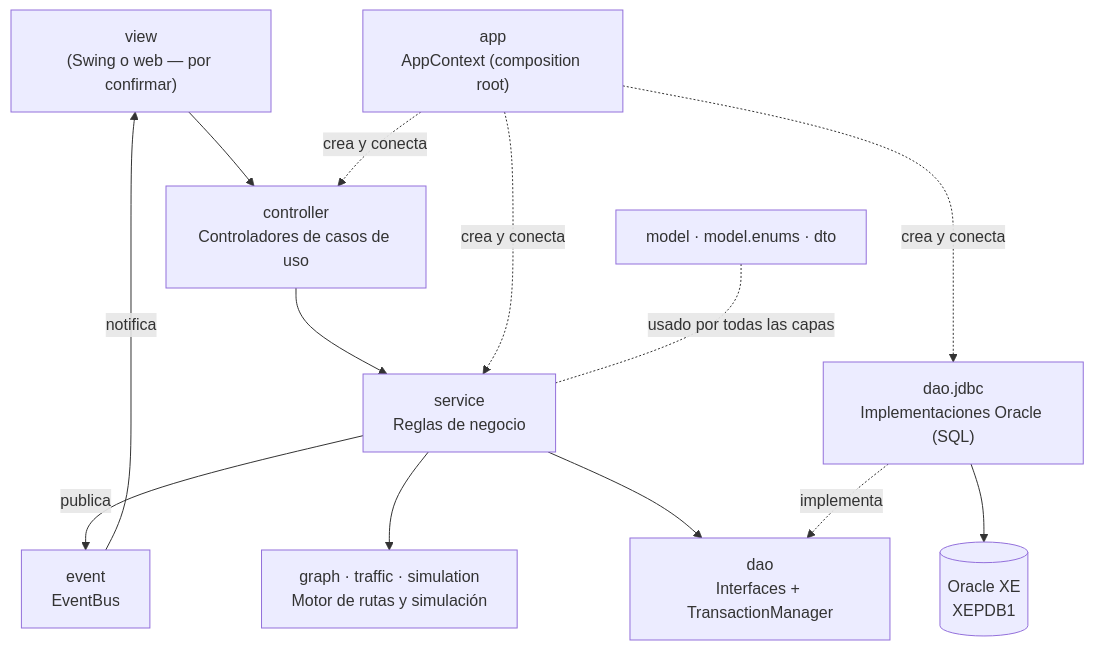
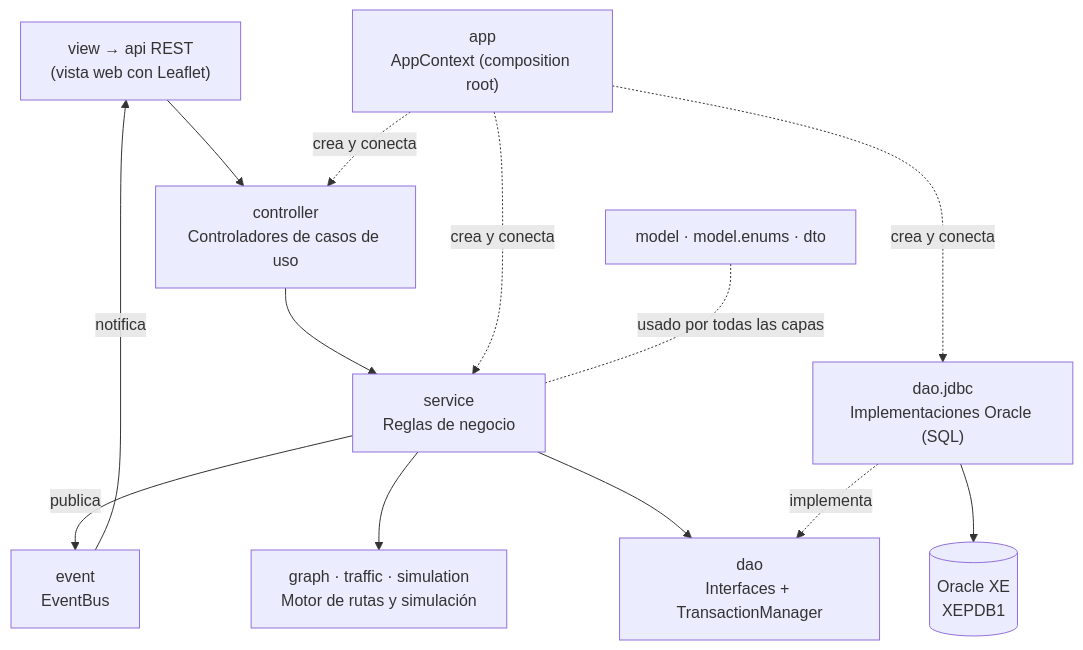
The first of 2 diagrams in docs/arquitectura-software.md (afzabaleta/RutaVida), drawn with Mermaid before and after one commit. The commit also changed other lines of this file and 4 other files, not shown here.

````diff
--- a/docs/arquitectura-software.md
+++ b/docs/arquitectura-software.md
@@ -19,25 +19,25 @@
 ```mermaid
 flowchart TB
-    VIEW["view<br/>(Swing o web — por confirmar)"]
+    VIEW["view → api REST<br/>(vista web con Leaflet)"]
     CTRL["controller<br/>Controladores de casos de uso"]
     SRV["service<br/>Reglas de negocio"]
     ENG["graph · traffic · simulation<br/>Motor de rutas y simulación"]
     DAOI["dao<br/>Interfaces + TransactionManager"]
     JDBC["dao.jdbc<br/>Implementaciones Oracle (SQL)"]
     DB[("Oracle XE<br/>XEPDB1")]
     MODEL["model · model.enums · dto"]
     EVT["event<br/>EventBus"]
     APP["app<br/>AppContext (composition root)"]
 
     VIEW --> CTRL --> SRV
     SRV --> ENG
     SRV --> DAOI
     JDBC -. implementa .-> DAOI
     JDBC --> DB
     SRV -- publica --> EVT
     EVT -- notifica --> VIEW
     APP -. crea y conecta .-> JDBC
     APP -. crea y conecta .-> SRV
     APP -. crea y conecta .-> CTRL
     MODEL -. usado por todas las capas .- SRV
 ```
````
